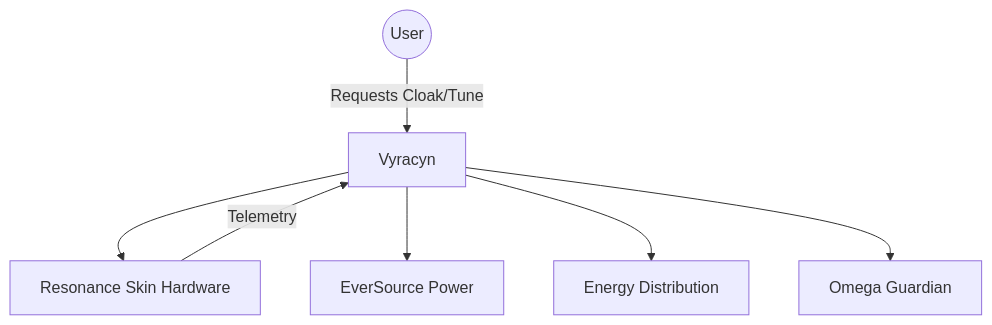
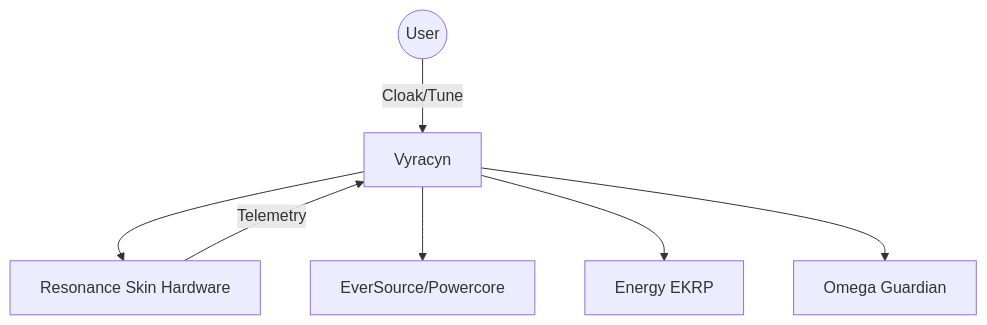
Before and after one commit to S1ngularD2ality/eidonic-language-elol: the first of 2 diagrams in docs/ekrps/vyracyn/README.md, drawn with Mermaid. The commit also changed other lines of this file, not shown here.

````diff
--- a/docs/ekrps/vyracyn/README.md
+++ b/docs/ekrps/vyracyn/README.md
@@ -85,9 +89,9 @@
 ```mermaid
 graph TD
-User((User)) -->|Requests Cloak/Tune| Vyracyn
-Vyracyn --> ResonanceSkin[Resonance Skin Hardware]
-Vyracyn --> EverSource[EverSource Power]
-Vyracyn --> EnergyEKRP[Energy Distribution]
+User((User)) -->|Cloak/Tune| Vyracyn
+Vyracyn --> RSkin[Resonance Skin Hardware]
+Vyracyn --> Power[EverSource/Powercore]
+Vyracyn --> Energy[Energy EKRP]
 Vyracyn --> Omega[Omega Guardian]
-ResonanceSkin -->|Telemetry| Vyracyn
+RSkin -->|Telemetry| Vyracyn
 ```
````
